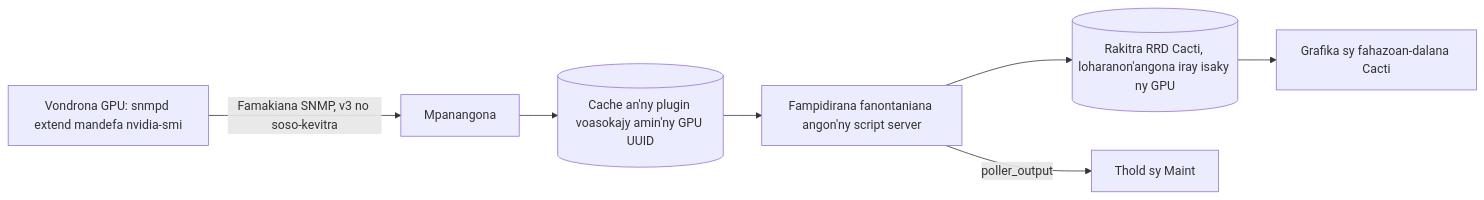
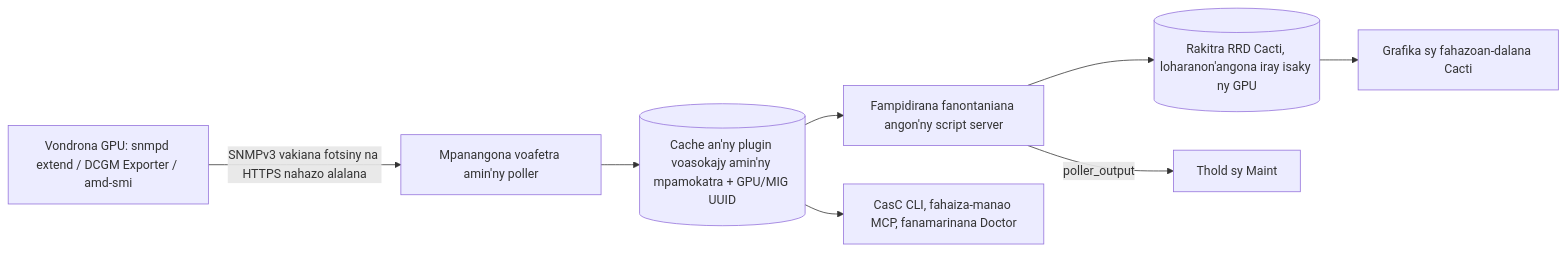
One commit to somethingwithproof/plugin_gpu changed the diagram in docs/i18n/mg-MG/README.md. Above: the diagram before and after it, drawn with Mermaid. The commit also changed other lines of this file and 47 other files, not shown here.

````diff
--- a/docs/i18n/mg-MG/README.md
+++ b/docs/i18n/mg-MG/README.md
@@ -106,9 +106,10 @@
 ```mermaid
 flowchart LR
-    NODE["Vondrona GPU: snmpd extend mandefa nvidia-smi"] -->|Famakiana SNMP, v3 no soso-kevitra| C[Mpanangona]
-    C --> CACHE[(Cache an'ny plugin voasokajy amin'ny GPU UUID)]
+    NODE["Vondrona GPU: snmpd extend / DCGM Exporter / amd-smi"] -->|SNMPv3 vakiana fotsiny na HTTPS nahazo alalana| C[Mpanangona voafetra amin'ny poller]
+    C --> CACHE[(Cache an'ny plugin voasokajy amin'ny mpamokatra + GPU/MIG UUID)]
     CACHE --> SS[Fampidirana fanontaniana angon'ny script server]
+    CACHE --> ECO[CasC CLI, fahaiza-manao MCP, fanamarinana Doctor]
     SS --> RRD[(Rakitra RRD Cacti, loharanon'angona iray isaky ny GPU)]
     SS -->|poller_output| T[Thold sy Maint]
     RRD --> G[Grafika sy fahazoan-dalana Cacti]
 ```
````
